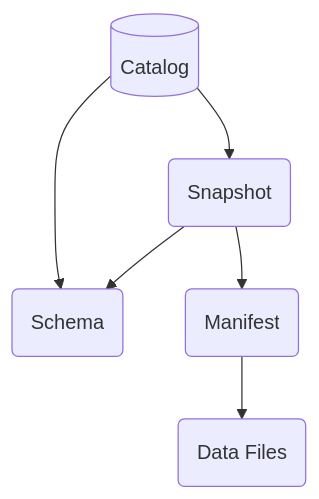
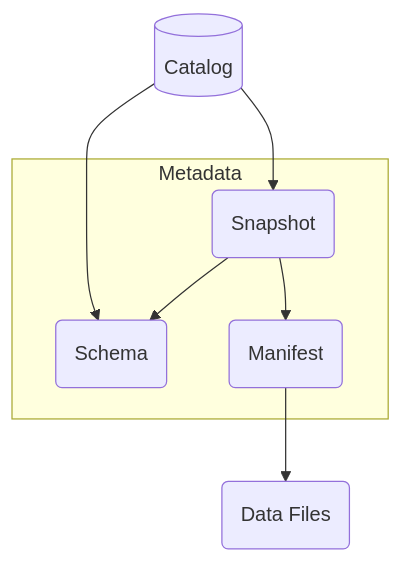
Before and after one commit to mabel-dev/tarchia: the diagram in README.md, drawn with Mermaid.

```diff
--- a/README.md
+++ b/README.md
@@ -34,8 +34,10 @@
 ~~~mermaid
 flowchart TD
     CATALOG[(Catalog)] --> SNAPSHOT(Snapshot)
     CATALOG  --> SCHEMA(Schema)
-    SNAPSHOT --> SCHEMA
-    SNAPSHOT --> MANIFEST(Manifest)
+    subgraph Metadata 
+        SNAPSHOT --> SCHEMA
+        SNAPSHOT --> MANIFEST(Manifest)
+    end
     MANIFEST --> DATA(Data Files)
 ~~~
```
